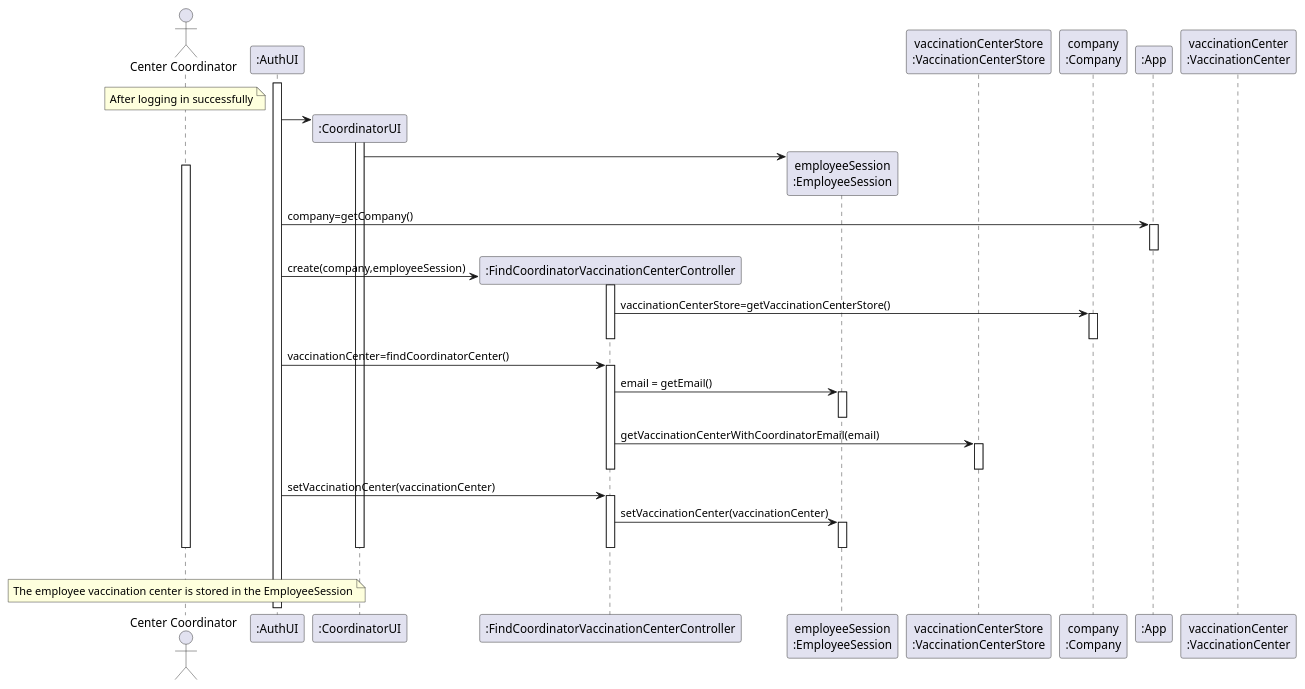
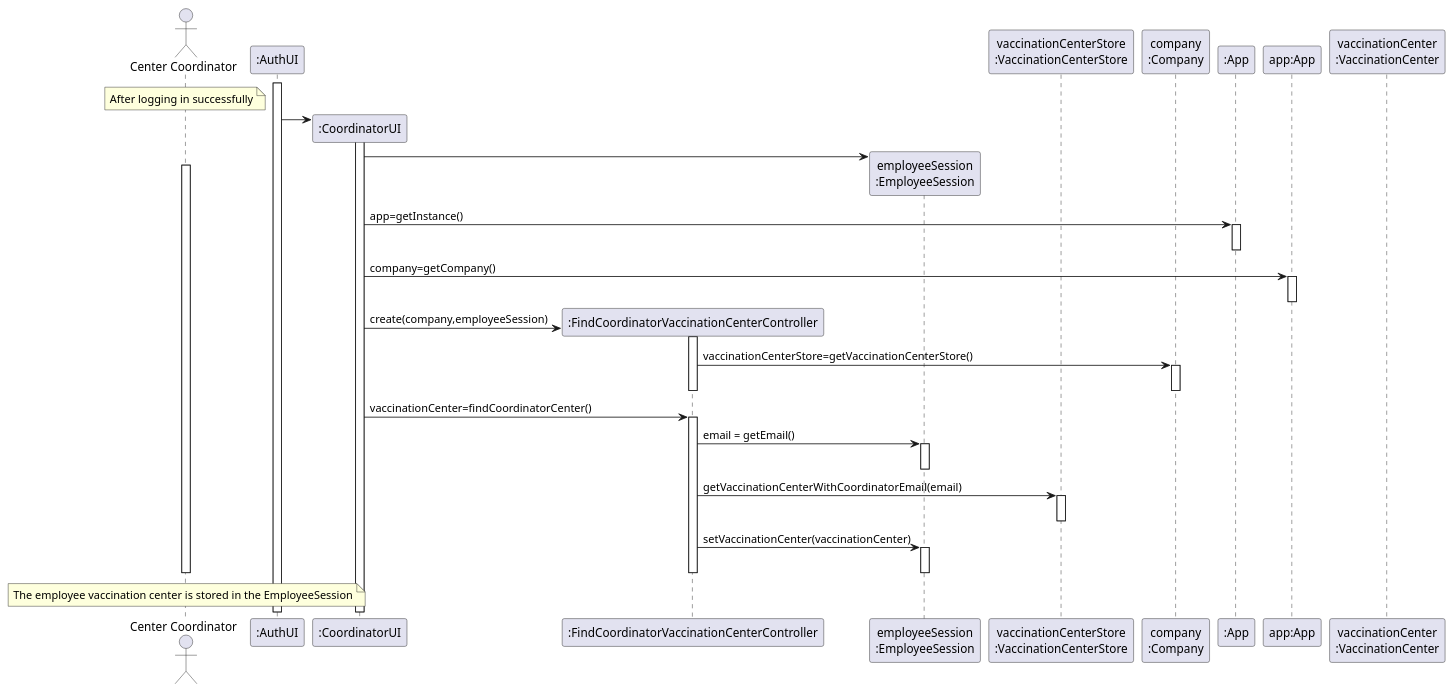
Before and after one commit to miseEnPlace-i/lapr2: the diagram in docs/SprintD/CoordinatorLogin_SD.puml, drawn with PlantUML. The commit also changed 1 other file, not shown here.

Commit message:
docs: updated coordinator login SD

```diff
--- a/docs/SprintD/CoordinatorLogin_SD.puml
+++ b/docs/SprintD/CoordinatorLogin_SD.puml
@@ -1,84 +1,93 @@
 @startuml CoordinatorLogin_SD
 
 actor "Center Coordinator" as COORDINATOR
 
 note over COORDINATOR
  After logging in successfully
 end note
 
 participant ":AuthUI" as AUTHUI
 participant ":CoordinatorUI" as EUI
 ' participant ":FindCoordinatorVaccinationCenterUI" as UI
 participant ":FindCoordinatorVaccinationCenterController" as CTRL
 participant "employeeSession\n:EmployeeSession" as SESSION
 participant "company\n:Company" as COMP
 participant "vaccinationCenterStore\n:VaccinationCenterStore" as VACCS
 ' participant "centerDTO\n:VaccinationCenterListDTO" as CDTO
 participant "company\n:Company" as COMP
-participant ":App" as APP
+participant ":App" as _APP
+participant "app:App" as APP
 participant "vaccinationCenter\n:VaccinationCenter"
 ' participant "vaccinationCenters\n:List<VaccinationCenterListDTO>"
 
 activate AUTHUI
 AUTHUI -> EUI **
 activate EUI
 EUI -> SESSION **
 ' EUI -> UI **
 ' AUTHUI -> UI : run()
 ' activate UI
 activate COORDINATOR
 
-AUTHUI -> APP : company=getCompany()
+
+EUI -> _APP : app=getInstance()
+activate _APP
+deactivate _APP
+
+EUI -> APP : company=getCompany()
 activate APP
 deactivate APP
 
 
-AUTHUI -> CTRL ** : create(company,employeeSession)
+EUI -> CTRL ** : create(company,employeeSession)
 activate CTRL
 CTRL -> COMP : vaccinationCenterStore=getVaccinationCenterStore()
 activate COMP
 deactivate COMP
 deactivate CTRL
 
-AUTHUI -> CTRL : vaccinationCenter=findCoordinatorCenter()
+EUI -> CTRL : vaccinationCenter=findCoordinatorCenter()
 activate CTRL
 
 CTRL -> SESSION : email = getEmail()
 activate SESSION
 deactivate SESSION
 
 CTRL -> VACCS : getVaccinationCenterWithCoordinatorEmail(email)
 activate VACCS
 deactivate VACCS
 
+CTRL -> SESSION : setVaccinationCenter(vaccinationCenter)
+activate SESSION
+deactivate SESSION
+
 deactivate CTRL
 
 
-AUTHUI -> CTRL : setVaccinationCenter(vaccinationCenter)
-activate CTRL
+' AUTHUI -> CTRL 
 ' deactivate UI
 ' CTRL -> CDTO : email=getEmail()
 ' activate CDTO
 ' deactivate CDTO
 ' CTRL -> VACCS : vaccinationCenter=getVaccinationCenterWithEmail(email)
 ' activate VACCS
 ' deactivate VACCS
-CTRL -> SESSION : setVaccinationCenter(vaccinationCenter)
-activate SESSION
-deactivate SESSION
-deactivate EUI
+' CTRL -> SESSION : setVaccinationCenter(vaccinationCenter)
+' activate SESSION
+' deactivate SESSION
+' deactivate EUI
 
 
 
 deactivate CTRL
 
 ' deactivate UI
 
 deactivate COORDINATOR
 
-|||
+' |||
 
 note over COORDINATOR
   The employee vaccination center is stored in the EmployeeSession
 end note
 @enduml
```
